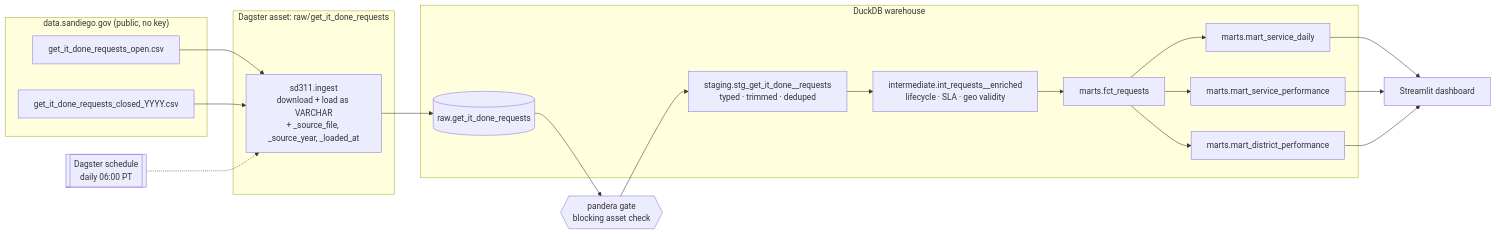
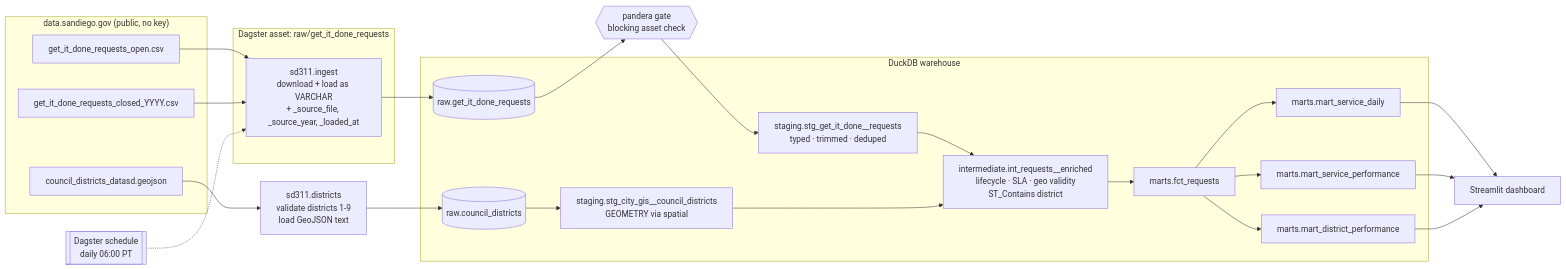
Before and after one commit to SuperJohn/sd-open-data-pipeline: the diagram in README.md, drawn with Mermaid. The commit also changed other lines of this file and 3 other files, not shown here.

Commit message:
Test spatial district assignment and document GIS districts (Closes #3)

````diff
--- a/README.md
+++ b/README.md
@@ -36,24 +39,29 @@
 ```mermaid
 flowchart LR
     subgraph Source["data.sandiego.gov (public, no key)"]
         A1[get_it_done_requests_open.csv]
         A2[get_it_done_requests_closed_YYYY.csv]
+        A3[council_districts_datasd.geojson]
     end
     subgraph Ingest["Dagster asset: raw/get_it_done_requests"]
         B[sd311.ingest<br/>download + load as VARCHAR<br/>+ _source_file, _source_year, _loaded_at]
     end
+    B2[sd311.districts<br/>validate districts 1-9<br/>load GeoJSON text]
     G{{pandera gate<br/>blocking asset check}}
     subgraph DuckDB["DuckDB warehouse"]
         R[(raw.get_it_done_requests)]
+        RD[(raw.council_districts)]
+        SD[staging.stg_city_gis__council_districts<br/>GEOMETRY via spatial]
         S[staging.stg_get_it_done__requests<br/>typed · trimmed · deduped]
-        I[intermediate.int_requests__enriched<br/>lifecycle · SLA · geo validity]
+        I[intermediate.int_requests__enriched<br/>lifecycle · SLA · geo validity<br/>ST_Contains district]
         F[marts.fct_requests]
         M1[marts.mart_service_daily]
         M2[marts.mart_service_performance]
         M3[marts.mart_district_performance]
     end
     D[Streamlit dashboard]
     A1 & A2 --> B --> R --> G --> S --> I --> F
+    A3 --> B2 --> RD --> SD --> I
     F --> M1 & M2 & M3 --> D
     SCH[[Dagster schedule<br/>daily 06:00 PT]] -.-> B
 ```
````
